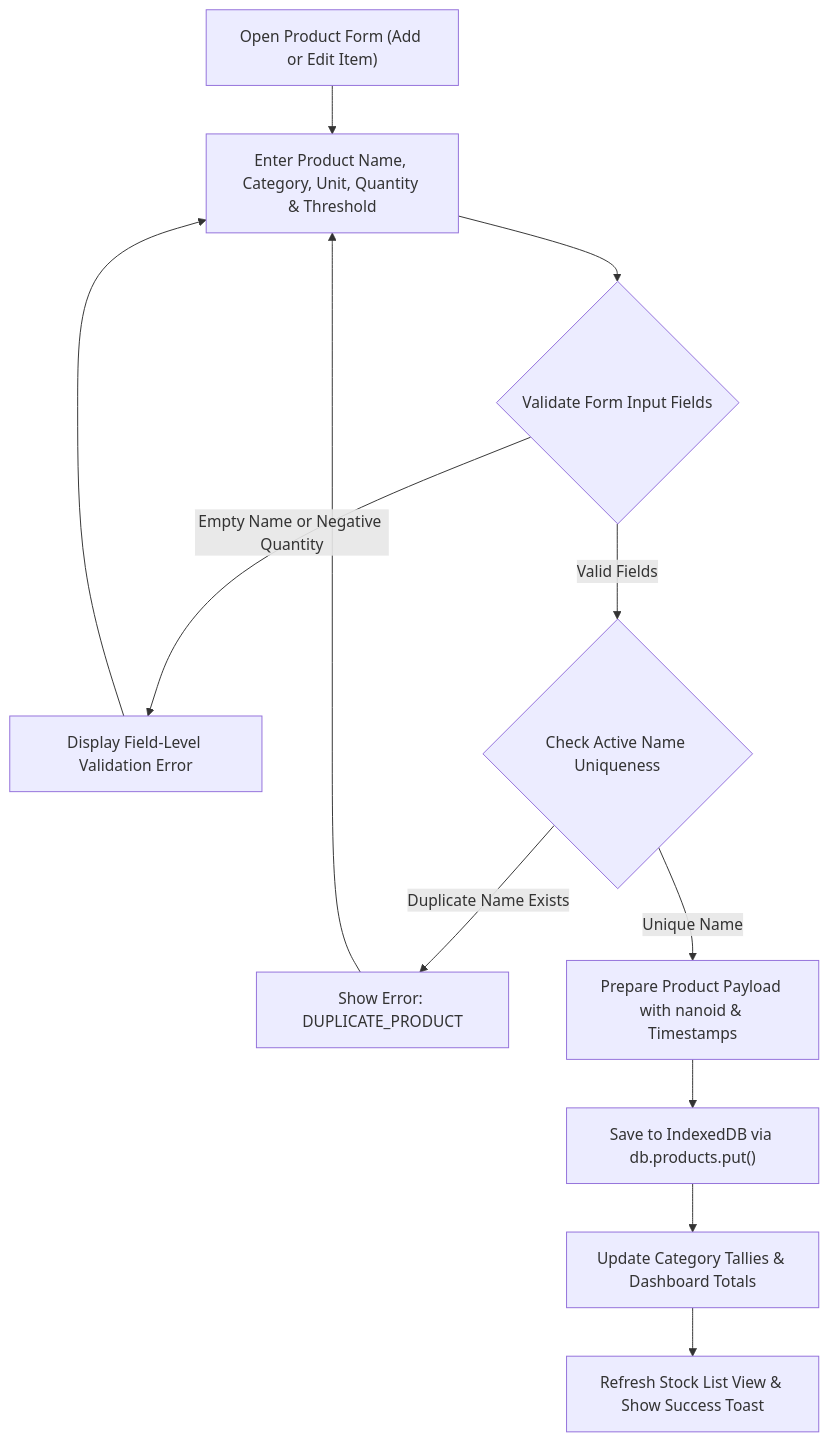
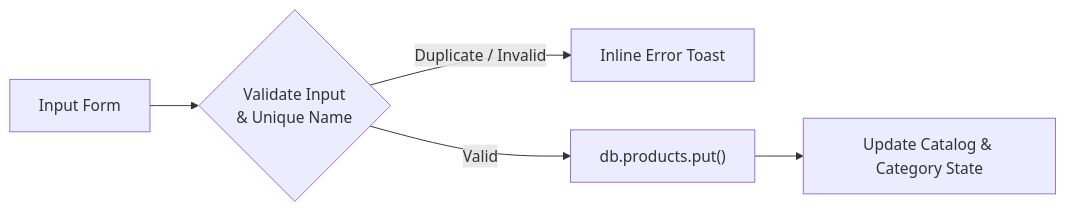
The second of 7 diagrams in README.md (tiwari-priyanshu05/SaudaSamrat), drawn with Mermaid before and after one commit. The commit also changed other lines of this file and 76 other files, not shown here.

````diff
--- a/README.md
+++ b/README.md
@@ -209,17 +191,7 @@
 ```mermaid
-flowchart TD
-    A["Open Product Form (Add or Edit Item)"] --> B["Enter Product Name, Category, Unit, Quantity & Threshold"]
-    B --> C{"Validate Form Input Fields"}
-    
-    C -- "Empty Name or Negative Quantity" --> D["Display Field-Level Validation Error"]
-    D --> B
-
-    C -- "Valid Fields" --> E{"Check Active Name Uniqueness"}
-    E -- "Duplicate Name Exists" --> F["Show Error: DUPLICATE_PRODUCT"]
-    F --> B
-
-    E -- "Unique Name" --> G["Prepare Product Payload with nanoid & Timestamps"]
-    G --> H["Save to IndexedDB via db.products.put()"]
-    H --> I["Update Category Tallies & Dashboard Totals"]
-    I --> J["Refresh Stock List View & Show Success Toast"]
+flowchart LR
+    A["Input Form"] --> B{"Validate Input\n& Unique Name"}
+    B -- "Duplicate / Invalid" --> C["Inline Error Toast"]
+    B -- "Valid" --> D["db.products.put()"]
+    D --> E["Update Catalog & Category State"]
 ```
````
